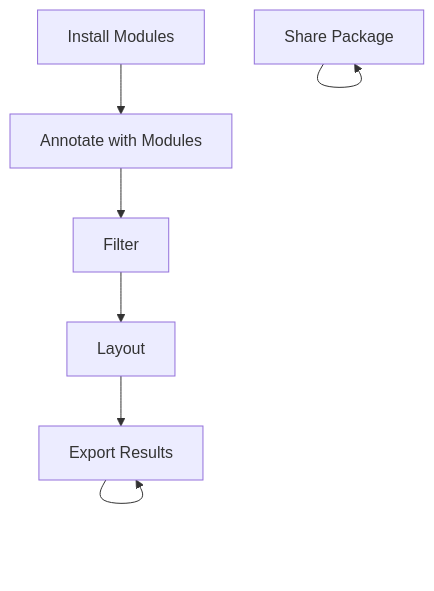
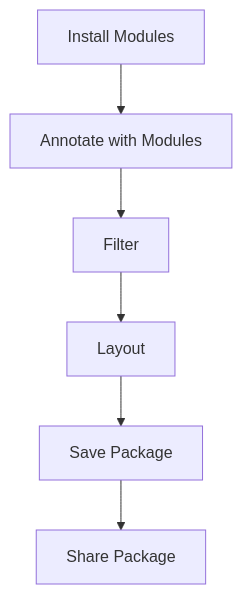
The diagram in making_a_package.qmd (KarchinLab/oc_vignettes), drawn with Mermaid before and after one commit. The commit also changed other lines of this file and 11 other files, not shown here.

````diff
--- a/making_a_package.qmd
+++ b/making_a_package.qmd
@@ -55,16 +64,16 @@
 ```{mermaid}
 flowchart TD
   A[Install Modules] --> B
   click A "#install-modules"
   B[Annotate with Modules] --> C
   click B "#annotate-with-modules"
   C[Filter] -->  D
   click C "#filter"
   D[Layout] -->E
   click D "#layout"
-  E[Export Results] --> E
-  click E "#results"
-  F[Share Package] -->F
+  E[Save Package] --> F
+  click E "#Save-Package"
+  F[Share Package] 
   click F "#share-package"
   
 ```
````
